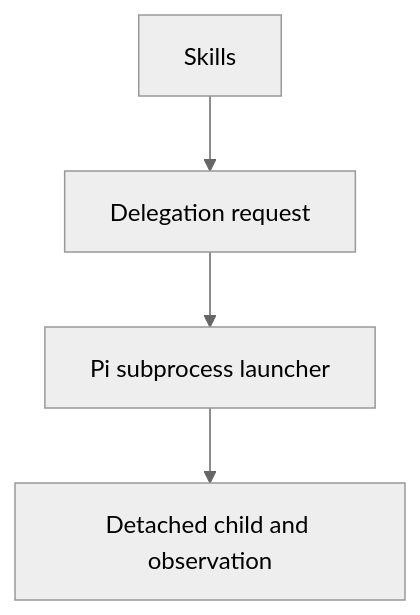
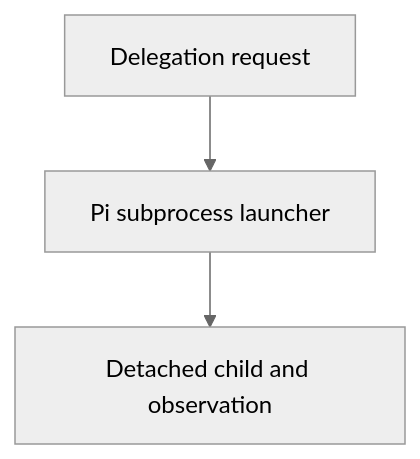
Before and after one commit to abstract-business-systems/as-is: the diagram in skills/spawning-pi-subagents/as-is.md, drawn with Mermaid (neutral theme). The commit also changed other lines of this file and 51 other files, not shown here.

Commit message:
docs(as-is): improve hierarchical architecture documentation

````diff
--- a/skills/spawning-pi-subagents/as-is.md
+++ b/skills/spawning-pi-subagents/as-is.md
@@ -54,7 +54,5 @@
 ```mermaid
 flowchart TD
-    Parent["Skills"] --> A["Delegation request"] --> B["Pi subprocess launcher"]
+    A["Delegation request"] --> B["Pi subprocess launcher"]
     B --> C["Detached child and observation"]
-
-    click Parent href "../as-is.md#design" "Open Skills design"
 ```
````
